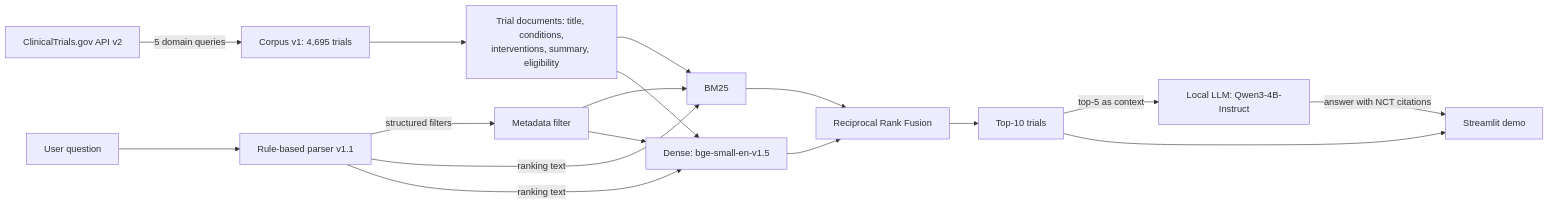
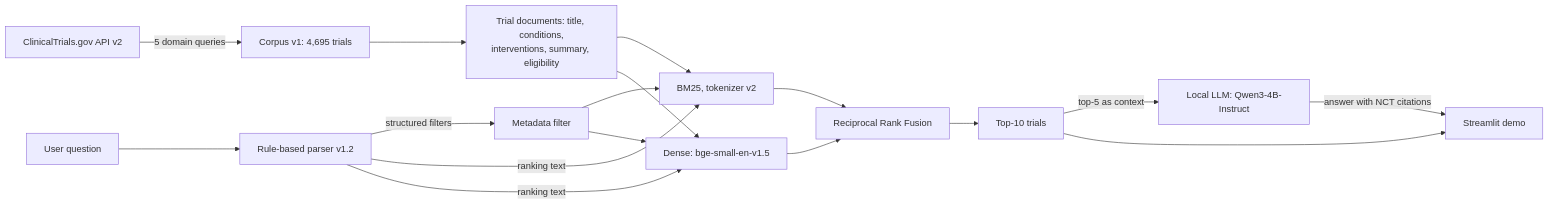
One commit to Taiba24312/Clinical-Research-Intelligence changed the diagram in README.md. Above: the diagram before and after it, drawn with Mermaid. The commit also changed other lines of this file, not shown here.

````diff
--- a/README.md
+++ b/README.md
@@ -25,19 +26,19 @@
 ```mermaid
 flowchart LR
     A[ClinicalTrials.gov API v2] -->|5 domain queries| B[Corpus v1: 4,695 trials]
     B --> C[Trial documents: title, conditions,<br/>interventions, summary, eligibility]
-    Q[User question] --> P[Rule-based parser v1.1]
+    Q[User question] --> P[Rule-based parser v1.2]
     P -->|structured filters| F[Metadata filter]
-    P -->|ranking text| R1[BM25]
+    P -->|ranking text| R1[BM25, tokenizer v2]
     P -->|ranking text| R2[Dense: bge-small-en-v1.5]
     C --> R1
     C --> R2
     F --> R1
     F --> R2
     R1 --> H[Reciprocal Rank Fusion]
     R2 --> H
     H --> T[Top-10 trials]
     T -->|top-5 as context| L[Local LLM: Qwen3-4B-Instruct]
     T --> UI[Streamlit demo]
     L -->|answer with NCT citations| UI
 ```
````
